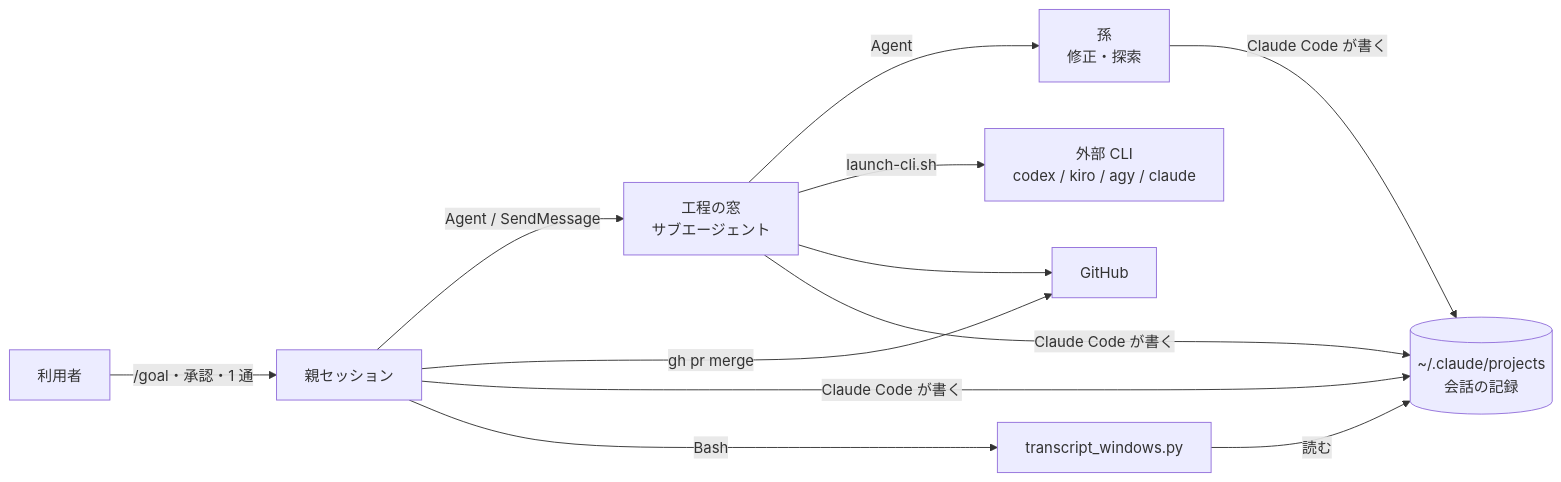
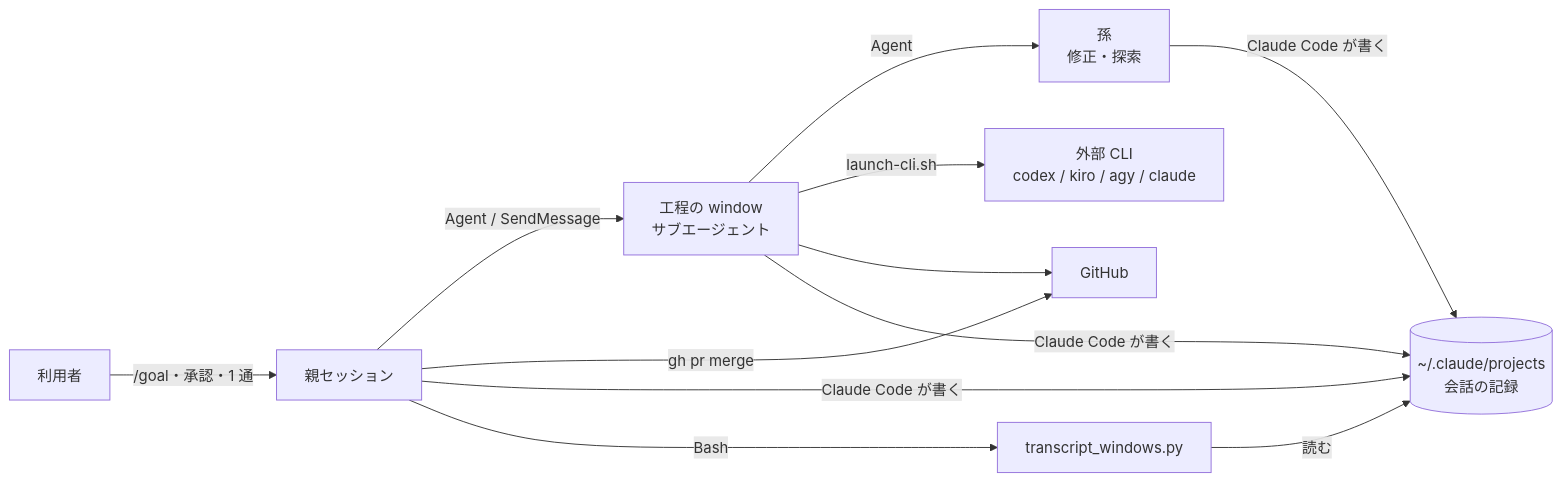
The third of 6 diagrams in issues/issue-550-657-design.md (devbasex/ai-plugins), drawn with Mermaid before and after one commit. The commit also changed other lines of this file and 2 other files, not shown here.

First line of the commit message:
Docs: 用語を「窓」から window へ置き換える（#550 #657）

````diff
--- a/issues/issue-550-657-design.md
+++ b/issues/issue-550-657-design.md
@@ -228,12 +229,12 @@
 ```mermaid
 graph LR
     H[利用者] -->|/goal・承認・1 通| P[親セッション]
-    P -->|Agent / SendMessage| W[工程の窓<br/>サブエージェント]
+    P -->|Agent / SendMessage| W[工程の window<br/>サブエージェント]
     W -->|Agent| G[孫<br/>修正・探索]
     W -->|launch-cli.sh| X[外部 CLI<br/>codex / kiro / agy / claude]
     W --> GH[GitHub]
     P -->|gh pr merge| GH
     P & W & G -->|Claude Code が書く| T[(~/.claude/projects<br/>会話の記録)]
     TW[transcript_windows.py] -->|読む| T
     P -->|Bash| TW
 ```
````
